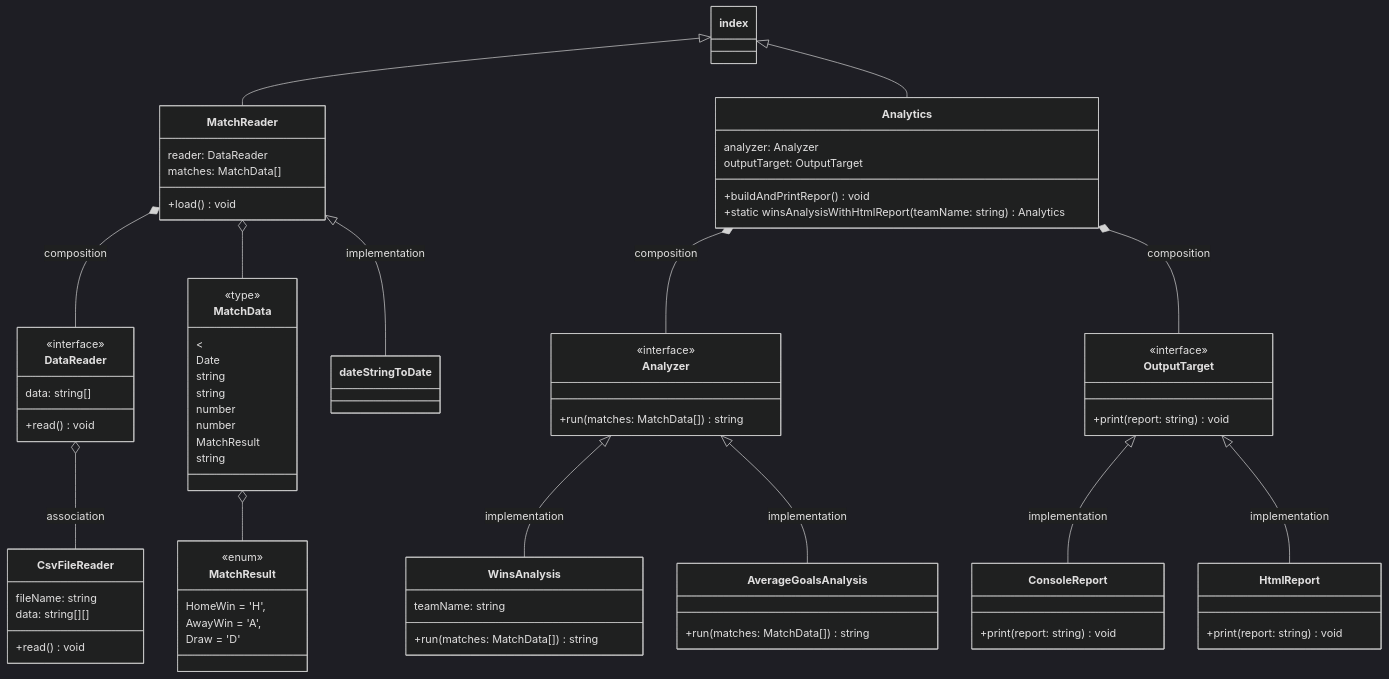
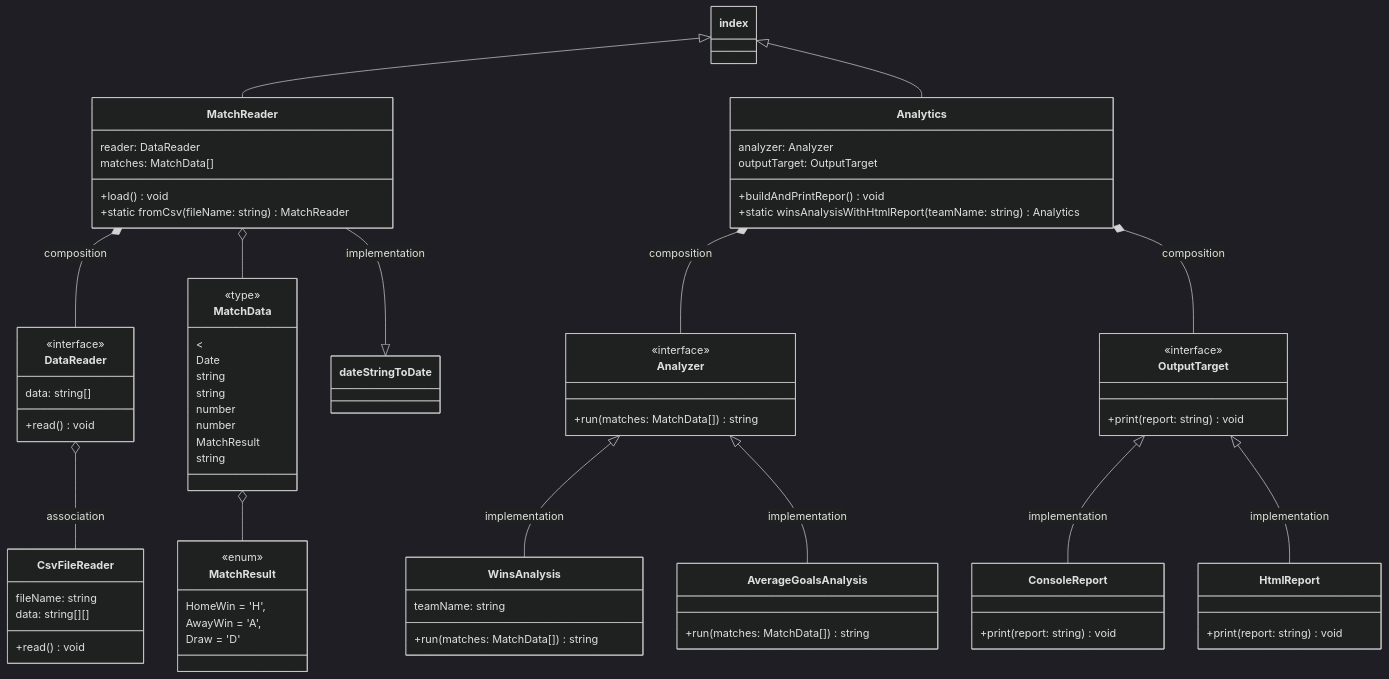
Before and after one commit to frzhen/pure-Typescript: the first of 2 diagrams in README.md, drawn with Mermaid (dark theme). The commit also changed other lines of this file and 2 other files, not shown here.

Commit message:
Modified MatchReader with static method that shorten the declaration of a specific reader implementation

````diff
--- a/README.md
+++ b/README.md
@@ -15,76 +15,77 @@
 ```mermaid
    classDiagram
    index <|-- MatchReader
    index <|-- Analytics
    class MatchReader{
    reader: DataReader 
    matches: MatchData[] 
    +load() void
+   +static fromCsv(fileName: string) MatchReader
    }
    MatchReader *-- DataReader: composition
    class DataReader{
    <<interface>> 
    data: string[]
    +read() void
    }
    DataReader o-- CsvFileReader: association
    class CsvFileReader{
    fileName: string
    data: string[][]
    +read() void
    }
    MatchReader o-- MatchData
    class MatchResult{
    <<enum>> 
    HomeWin = 'H',
    AwayWin = 'A',
    Draw = 'D'
    }
    class MatchData{
    <<type>>
    <<tuple>
    Date
    string
    string
    number
    number
    MatchResult
    string
    }
    MatchData o-- MatchResult
    
    class Analytics{
    analyzer: Analyzer
    outputTarget: OutputTarget
    +buildAndPrintRepor() void
    +static winsAnalysisWithHtmlReport( teamName: string) Analytics
    }
    Analytics *--Analyzer: composition
    Analytics *--OutputTarget: composition
    class Analyzer{
    <<interface>>
    +run(matches: MatchData[]) string
    }
    class OutputTarget{
    <<interface>>
    +print(report: string) void
    }
    class WinsAnalysis{
    teamName: string
    +run(matches: MatchData[]) string
    }
    Analyzer <|--WinsAnalysis: implementation
    class AverageGoalsAnalysis{
    +run(matches: MatchData[]) string
    }
    Analyzer <|--AverageGoalsAnalysis: implementation
    class ConsoleReport{
    +print(report: string) void
    }
    OutputTarget <|-- ConsoleReport: implementation
-   MatchReader <|-- dateStringToDate: implementation
+   MatchReader --|> dateStringToDate: implementation
    class HtmlReport{
    +print(report: string) void
    }
    OutputTarget <|-- HtmlReport: implementation
 ```
````
